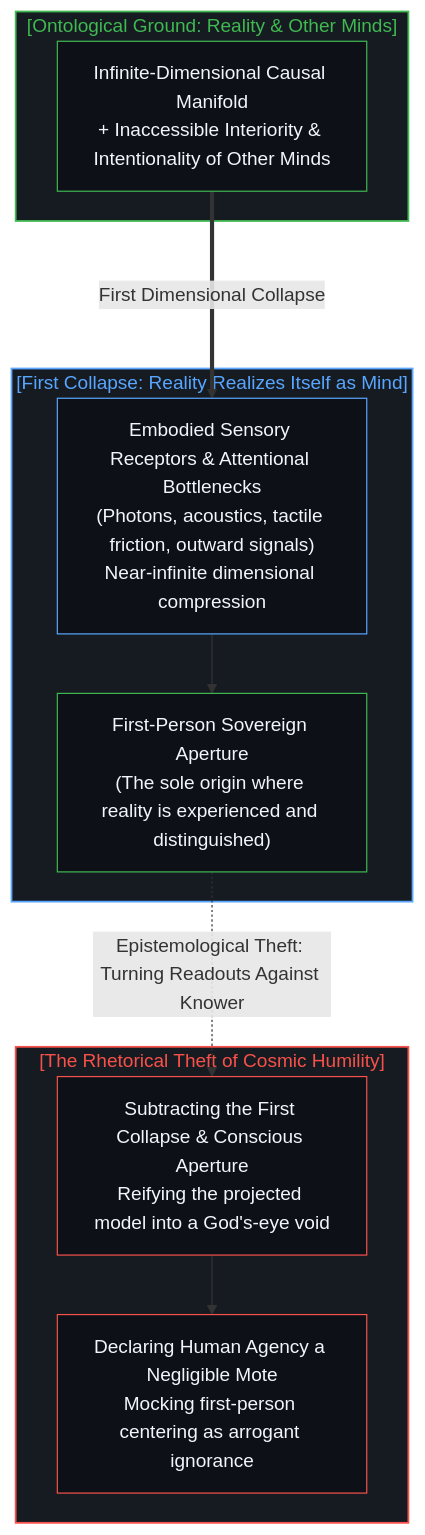
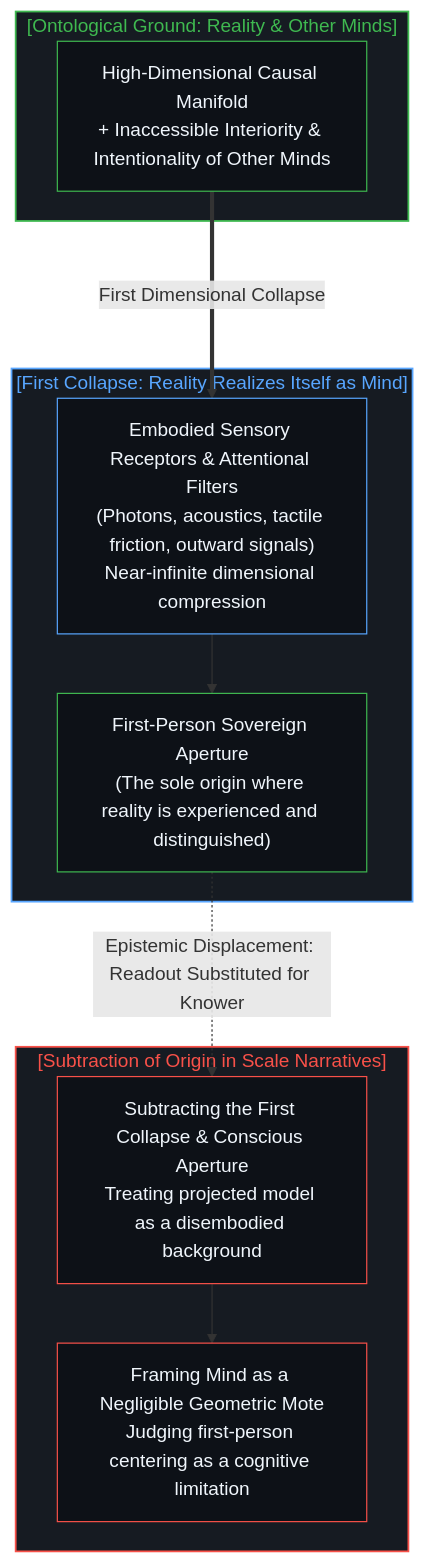
One commit to powerpig99/not-a-toe changed the second of 8 diagrams in content/posts/one-cannot-escape-ones-own-mind.md. Above: the diagram before and after it, drawn with Mermaid. The commit also changed other lines of this file and 2 other files, not shown here.

Commit message:
Refactor Post #332: Purge moralizing judgments and connect dimensional collapse to the Threefold Infinity

````diff
--- a/content/posts/one-cannot-escape-ones-own-mind.md
+++ b/content/posts/one-cannot-escape-ones-own-mind.md
@@ -48,30 +48,30 @@
 ```mermaid
 flowchart TD
     subgraph S_RealityOrigin_EN ["[Ontological Ground: Reality & Other Minds]"]
-        RE1["Infinite-Dimensional Causal Manifold<br/>+ Inaccessible Interiority & Intentionality of Other Minds"]
+        RE1["High-Dimensional Causal Manifold<br/>+ Inaccessible Interiority & Intentionality of Other Minds"]
     end
 
     subgraph S_FirstCollapse_EN ["[First Collapse: Reality Realizes Itself as Mind]"]
-        CE1["Embodied Sensory Receptors & Attentional Bottlenecks<br/>(Photons, acoustics, tactile friction, outward signals)<br/>Near-infinite dimensional compression"]
+        CE1["Embodied Sensory Receptors & Attentional Filters<br/>(Photons, acoustics, tactile friction, outward signals)<br/>Near-infinite dimensional compression"]
         ME1["First-Person Sovereign Aperture<br/>(The sole origin where reality is experienced and distinguished)"]
         CE1 --> ME1
     end
 
-    subgraph S_TheftInversion_EN ["[The Rhetorical Theft of Cosmic Humility]"]
-        TE1["Subtracting the First Collapse & Conscious Aperture<br/>Reifying the projected model into a God's-eye void"]
-        TE2["Declaring Human Agency a Negligible Mote<br/>Mocking first-person centering as arrogant ignorance"]
+    subgraph S_TheftInversion_EN ["[Subtraction of Origin in Scale Narratives]"]
+        TE1["Subtracting the First Collapse & Conscious Aperture<br/>Treating projected model as a disembodied background"]
+        TE2["Framing Mind as a Negligible Geometric Mote<br/>Judging first-person centering as a cognitive limitation"]
         TE1 --> TE2
     end
 
     RE1 ===>|"First Dimensional Collapse"| CE1
-    ME1 -.->|"Epistemological Theft: Turning Readouts Against Knower"| TE1
+    ME1 -.->|"Epistemic Displacement: Readout Substituted for Knower"| TE1
 
     style S_RealityOrigin_EN fill:#161b22,stroke:#3fb950,stroke-width:1.5px,color:#3fb950
     style S_FirstCollapse_EN fill:#161b22,stroke:#58a6ff,stroke-width:1.5px,color:#58a6ff
     style S_TheftInversion_EN fill:#161b22,stroke:#f85149,stroke-width:1.5px,color:#f85149
     style RE1 fill:#0d1117,stroke:#3fb950,stroke-width:1px,color:#f0f6fc
     style CE1 fill:#0d1117,stroke:#58a6ff,stroke-width:1px,color:#f0f6fc
     style ME1 fill:#0d1117,stroke:#3fb950,stroke-width:1px,color:#f0f6fc
     style TE1 fill:#0d1117,stroke:#f85149,stroke-width:1px,color:#f0f6fc
     style TE2 fill:#0d1117,stroke:#f85149,stroke-width:1px,color:#f0f6fc
 ```
````
